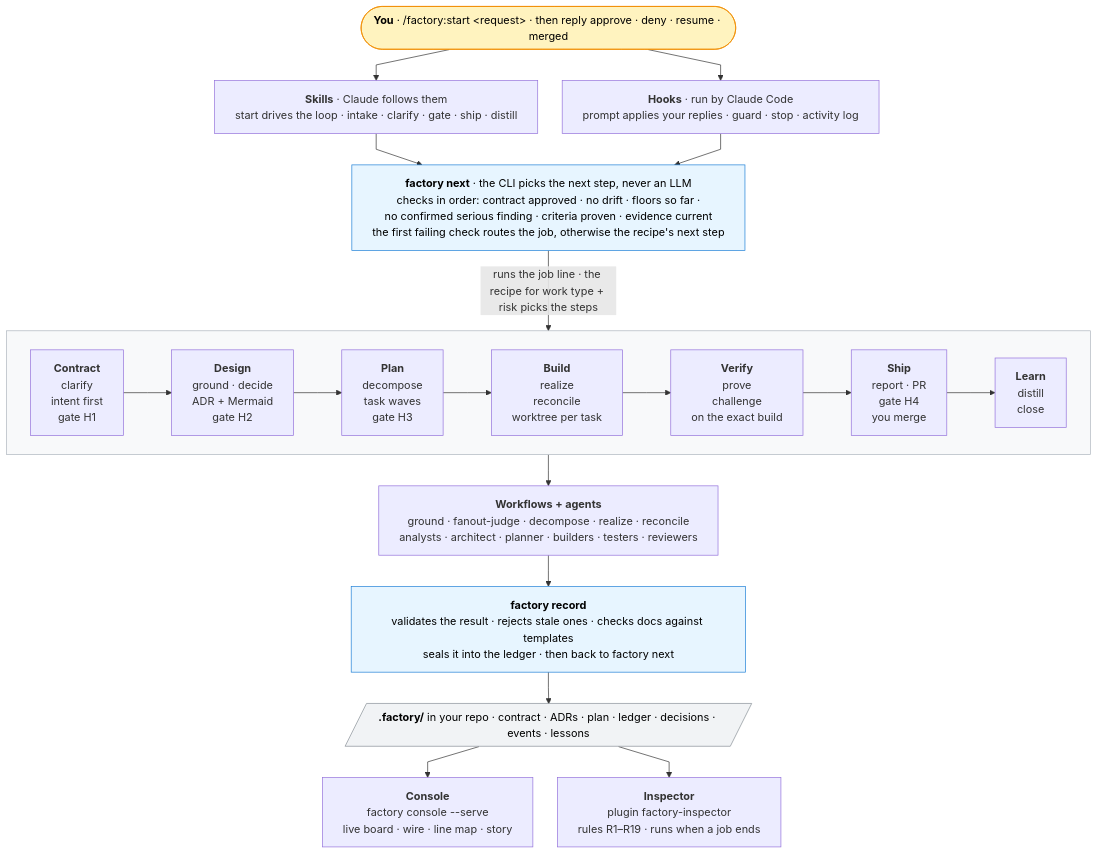
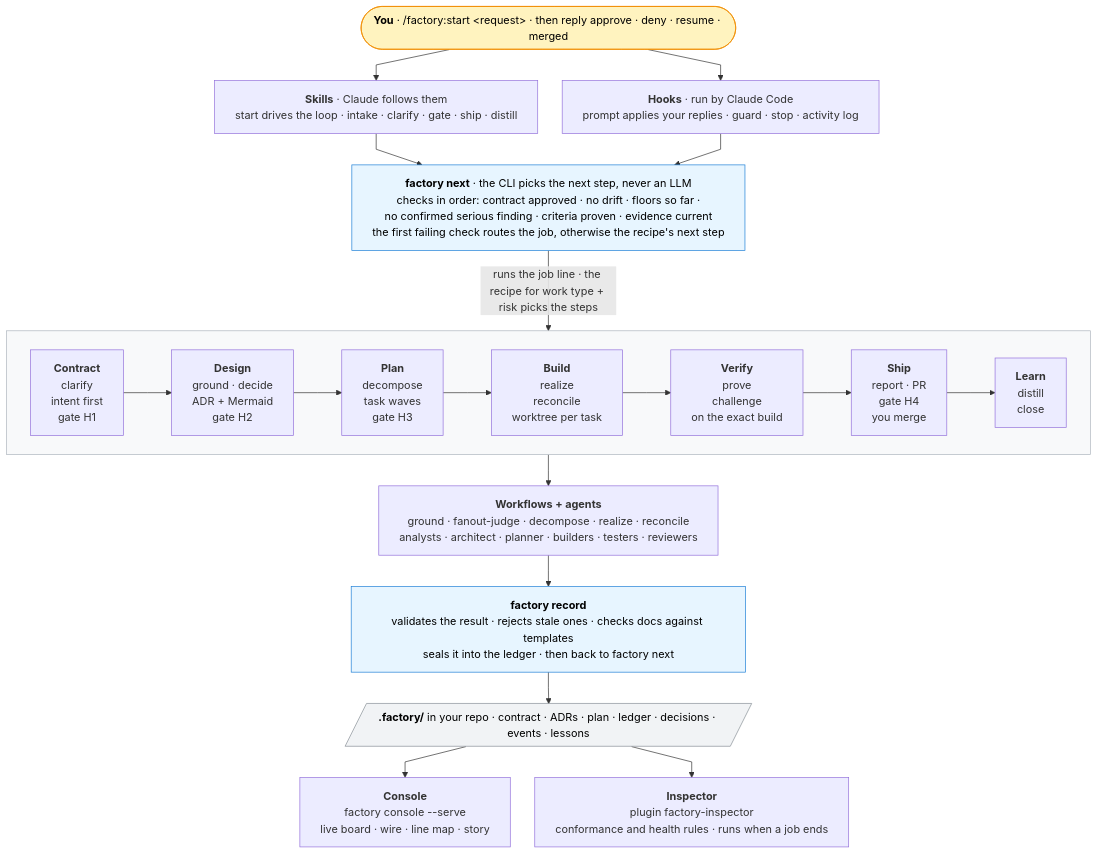
The diagram in README.md (reshif/claude-factory), drawn with Mermaid before and after one commit. The commit also changed other lines of this file and 1 other file, not shown here.

````diff
--- a/README.md
+++ b/README.md
@@ -12,54 +12,54 @@
 ```mermaid
 ---
 config:
   flowchart:
     curve: linear
     nodeSpacing: 36
     rankSpacing: 46
     wrappingWidth: 520
 ---
 flowchart TB
   you(["<b>You</b> · /factory:start &lt;request&gt; · then reply approve · deny · resume · merged"]):::human
 
   skills["<b>Skills</b> · Claude follows them<br/>start drives the loop · intake · clarify · gate · ship · distill"]
   hooks["<b>Hooks</b> · run by Claude Code<br/>prompt applies your replies · guard · stop · activity log"]
 
   router["<b>factory next</b> · the CLI picks the next step, never an LLM<br/>checks in order: contract approved · no drift · floors so far ·<br/>no confirmed serious finding · criteria proven · evidence current<br/>the first failing check routes the job, otherwise the recipe's next step"]:::cli
 
   subgraph line[" "]
     direction LR
     s1["<b>Contract</b><br/>clarify<br/>intent first<br/>gate H1"]
     s2["<b>Design</b><br/>ground · decide<br/>ADR + Mermaid<br/>gate H2"]
     s3["<b>Plan</b><br/>decompose<br/>task waves<br/>gate H3"]
     s4["<b>Build</b><br/>realize<br/>reconcile<br/>worktree per task"]
     s5["<b>Verify</b><br/>prove<br/>challenge<br/>on the exact build"]
     s6["<b>Ship</b><br/>report · PR<br/>gate H4<br/>you merge"]
     s7["<b>Learn</b><br/>distill<br/>close"]
     s1 --> s2 --> s3 --> s4 --> s5 --> s6 --> s7
   end
 
   agents["<b>Workflows + agents</b><br/>ground · fanout-judge · decompose · realize · reconcile<br/>analysts · architect · planner · builders · testers · reviewers"]
 
   record["<b>factory record</b><br/>validates the result · rejects stale ones · checks docs against templates<br/>seals it into the ledger · then back to factory next"]:::cli
 
   store[/"<b>.factory/</b> in your repo · contract · ADRs · plan · ledger · decisions · events · lessons"/]:::art
 
   console["<b>Console</b><br/>factory console --serve<br/>live board · wire · line map · story"]
-  inspector["<b>Inspector</b><br/>plugin factory-inspector<br/>rules R1–R19 · runs when a job ends"]
+  inspector["<b>Inspector</b><br/>plugin factory-inspector<br/>conformance and health rules · runs when a job ends"]
 
   you --> skills
   you --> hooks
   skills --> router
   hooks --> router
   router -->|"runs the job line · the recipe for work type + risk picks the steps"| line
   line --> agents
   agents --> record
   record --> store
   store --> console
   store --> inspector
 
   classDef human fill:#fff3bf,stroke:#f08c00,color:#000
   classDef cli fill:#e7f5ff,stroke:#1c7ed6,color:#000
   classDef art fill:#f1f3f5,stroke:#868e96,color:#000
   style line fill:#f8f9fa,stroke:#adb5bd
 ```
````
